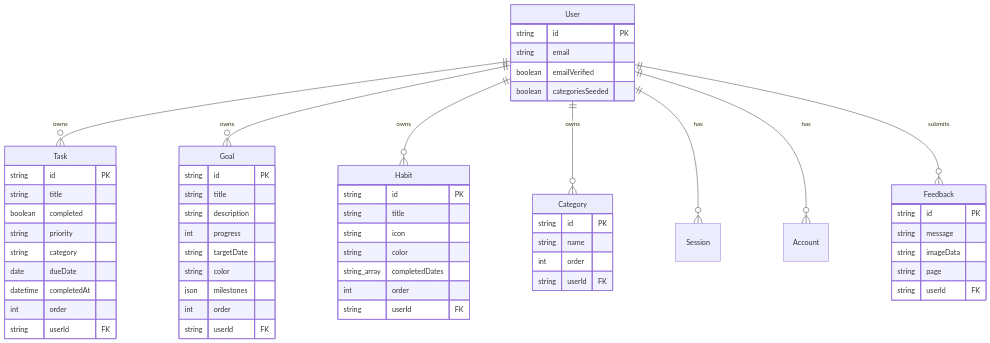
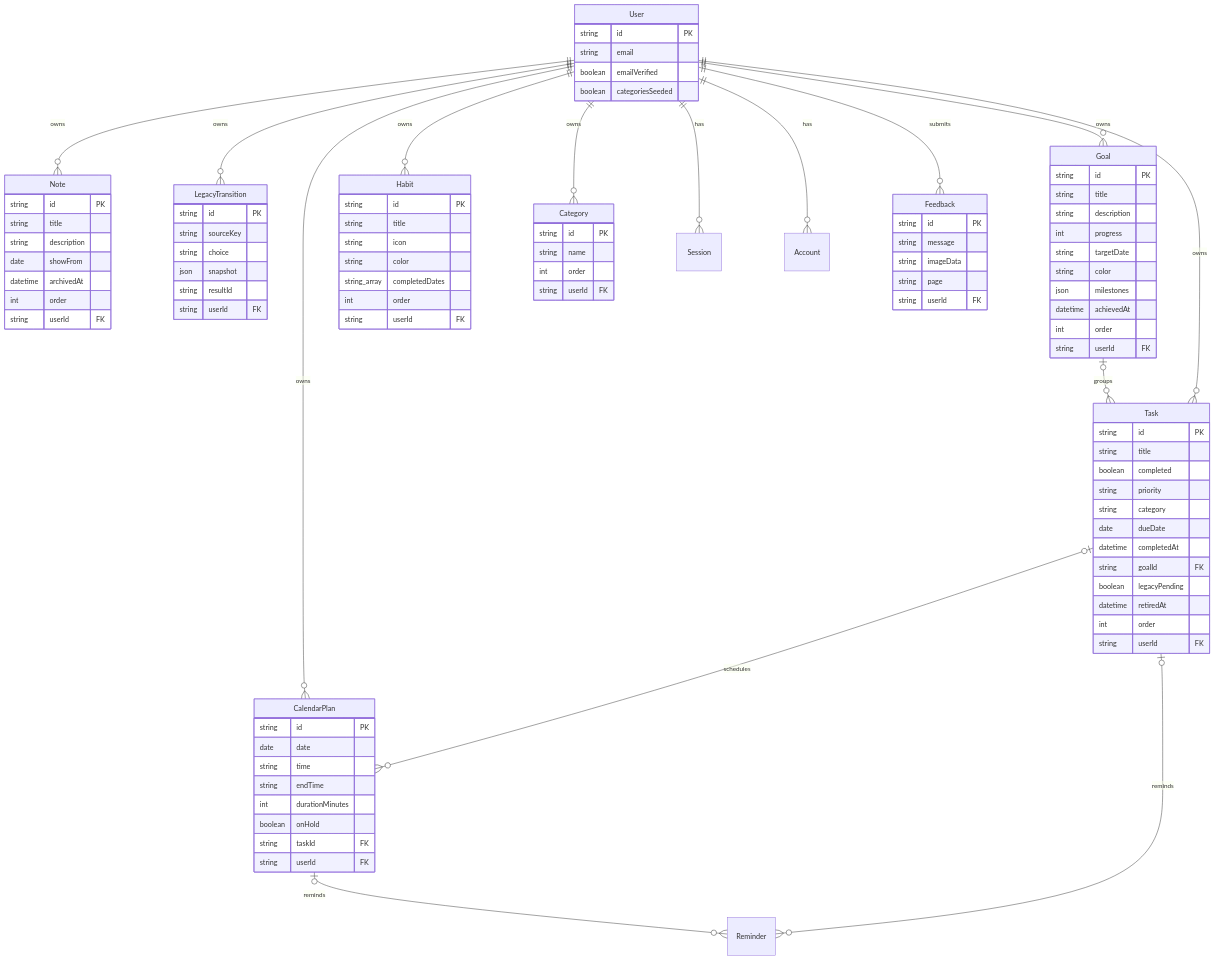
The diagram in docs/ARCHITECTURE.md (Elf1movv/TaskTrackerNew), drawn with Mermaid before and after one commit. The commit also changed other lines of this file and 135 other files, not shown here.

````diff
--- a/docs/ARCHITECTURE.md
+++ b/docs/ARCHITECTURE.md
@@ -390,5 +390,12 @@
 ```mermaid
 erDiagram
+    User ||--o{ Note : owns
+    User ||--o{ CalendarPlan : owns
+    User ||--o{ LegacyTransition : owns
+    Goal |o--o{ Task : groups
+    Task |o--o{ CalendarPlan : schedules
+    CalendarPlan |o--o{ Reminder : reminds
+    Task |o--o{ Reminder : reminds
     User ||--o{ Task : owns
     User ||--o{ Goal : owns
     User ||--o{ Habit : owns
@@ -404,6 +411,9 @@
         string category
         date dueDate
         datetime completedAt
+        string goalId FK
+        boolean legacyPending
+        datetime retiredAt
         int order
         string userId FK
     }
@@ -415,7 +425,35 @@
         string targetDate
         string color
         json milestones
+        datetime achievedAt
         int order
+        string userId FK
+    }
+    Note {
+        string id PK
+        string title
+        string description
+        date showFrom
+        datetime archivedAt
+        int order
+        string userId FK
+    }
+    CalendarPlan {
+        string id PK
+        date date
+        string time
+        string endTime
+        int durationMinutes
+        boolean onHold
+        string taskId FK
+        string userId FK
+    }
+    LegacyTransition {
+        string id PK
+        string sourceKey
+        string choice
+        json snapshot
+        string resultId
         string userId FK
     }
     Habit {
````
